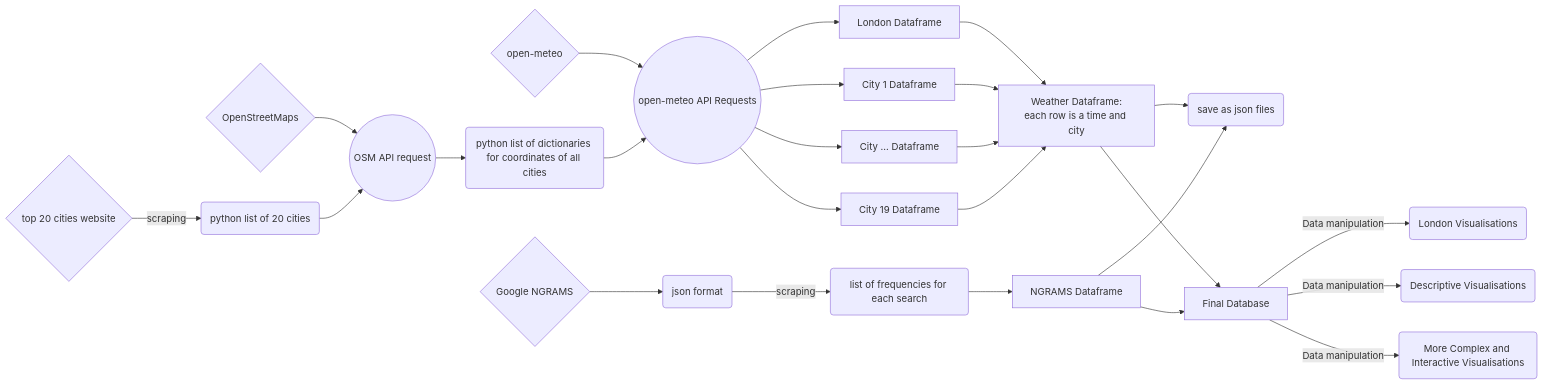
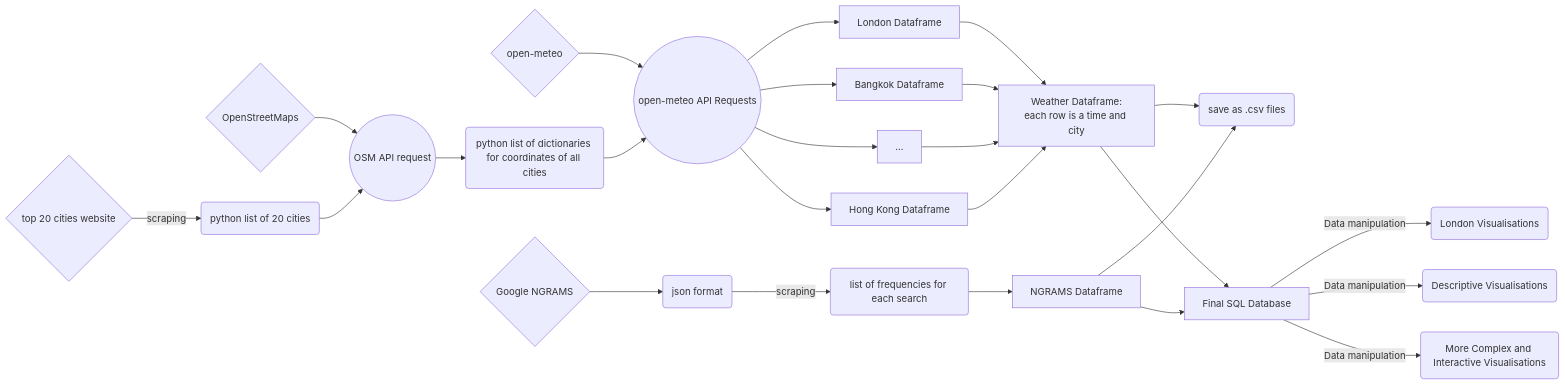
The diagram in presentation/progress_presentation.qmd (lse-ds105/ds105w-project-rubber-ducks), drawn with Mermaid before and after one commit. The commit also changed other lines of this file and 4 other files, not shown here.

Commit message:
Add accuracy adjsutments to mermaid diagram

````diff
--- a/presentation/progress_presentation.qmd
+++ b/presentation/progress_presentation.qmd
@@ -13,27 +13,27 @@
 ```{mermaid}
 flowchart LR
     A{open-meteo} --> L((open-meteo API Requests))
     L --> B[London Dataframe]
-    L --> C[City 1 Dataframe]
-    L --> D[City ... Dataframe]
-    L --> E[City 19 Dataframe]
+    L --> C[Bangkok Dataframe]
+    L --> D[ ... ]
+    L --> E[Hong Kong Dataframe]
     G{top 20 cities website} -->|scraping| H(python list of 20 cities)
     I{OpenStreetMaps} --> J((OSM API request))
     H --> J
     J --> K(python list of dictionaries for coordinates of all cities)
     K --> L
     B --> M[Weather Dataframe:<br>each row is a time and city]
     C --> M
     D --> M
     E --> M
-    M --> F(save as json files)
+    M --> F(save as .csv files)
     N{Google NGRAMS} --> S(json format)
     S -->|scraping| T(list of frequencies for each search)
     T --> U[NGRAMS Dataframe]
     U --> F
-    M --> V[Final Database]
+    M --> V[Final SQL Database]
     U --> V
     V -->|Data manipulation| O(London Visualisations)
     V -->|Data manipulation| Q(Descriptive Visualisations)
     V -->|Data manipulation| R(More Complex and Interactive Visualisations)
 ```
````
